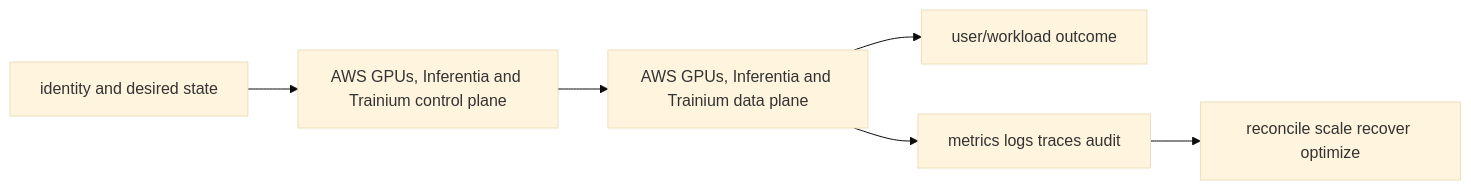
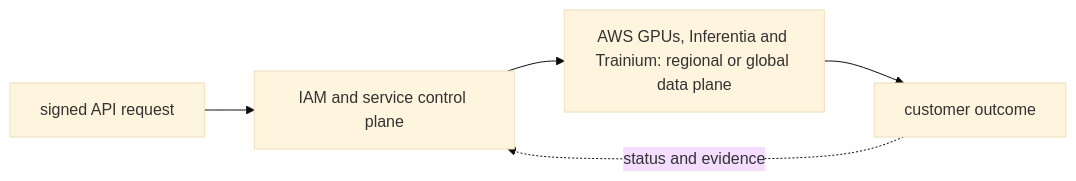
The diagram in 07-aws/11-ai-platform/04-aws-accelerators/README.md (tomkidumbuyo/DevOps-interview-preparation), drawn with Mermaid (base theme) before and after one commit. The commit also changed other lines of this file and 753 other files, not shown here.

````diff
--- a/07-aws/11-ai-platform/04-aws-accelerators/README.md
+++ b/07-aws/11-ai-platform/04-aws-accelerators/README.md
@@ -19,8 +31,7 @@
 ```mermaid
 flowchart LR
-  I[identity and desired state] --> C[AWS GPUs, Inferentia and Trainium control plane]
-  C --> D[AWS GPUs, Inferentia and Trainium data plane]
-  D --> U[user/workload outcome]
-  D --> O[metrics logs traces audit]
-  O --> R[reconcile scale recover optimize]
+  A["signed API request"] --> B["IAM and service control plane"]
+  B --> C["AWS GPUs, Inferentia and Trainium: regional or global data plane"]
+  C --> D["customer outcome"]
+  D -. "status and evidence" .-> B
 ```
````
